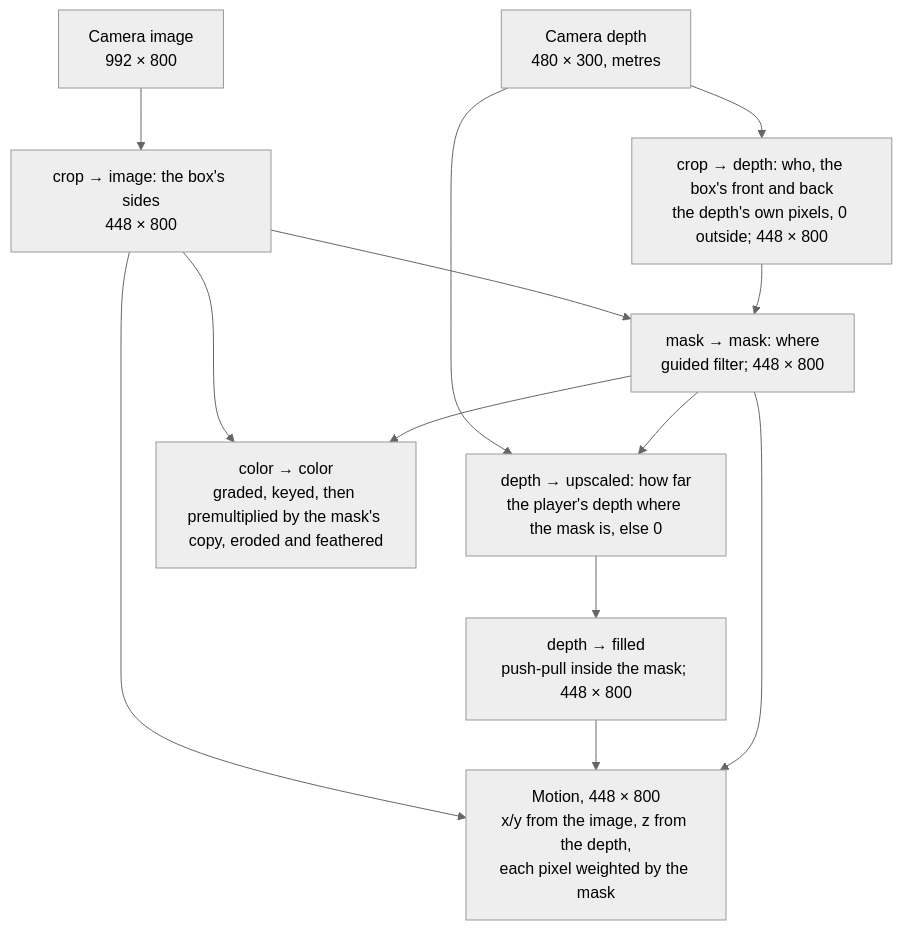
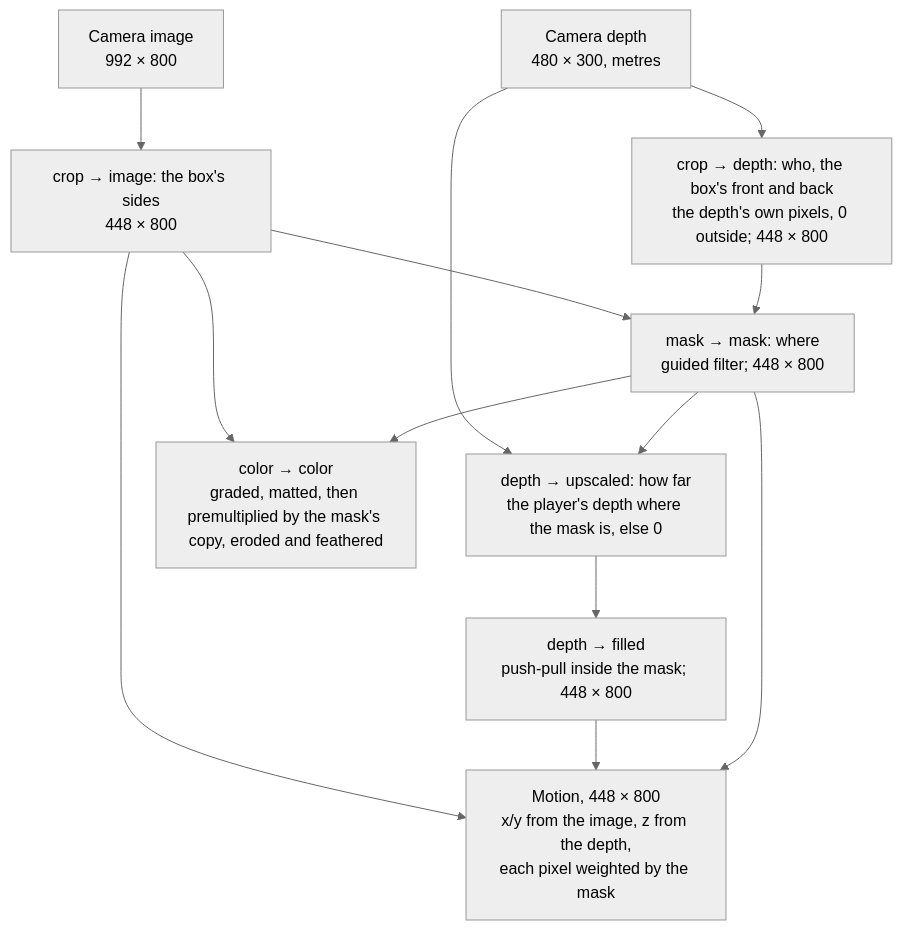
The diagram in modules/flow/VIEW.md (moostrik/Poser2), drawn with Mermaid (neutral theme) before and after one commit. The commit also changed other lines of this file and 10 other files, not shown here.

````diff
--- a/modules/flow/VIEW.md
+++ b/modules/flow/VIEW.md
@@ -33,23 +33,23 @@
 ```mermaid
 flowchart TB
   I["Camera image<br/>992 × 800"]
   D["Camera depth<br/>480 × 300, metres"]
   C["crop → image: the box's sides<br/>448 × 800"]
   K["crop → depth: who, the box's front and back<br/>the depth's own pixels, 0 outside; 448 × 800"]
   M["mask → mask: where<br/>guided filter; 448 × 800"]
   R["depth → upscaled: how far<br/>the player's depth where the mask is, else 0"]
   F["depth → filled<br/>push-pull inside the mask; 448 × 800"]
-  G["color → color<br/>graded, keyed, then premultiplied by the mask's copy, eroded and feathered"]
+  G["color → color<br/>graded, matted, then premultiplied by the mask's copy, eroded and feathered"]
   MO["Motion, 448 × 800<br/>x/y from the image, z from the depth,<br/>each pixel weighted by the mask"]
   I --> C
   D --> K
   C --> M
   K --> M
   D --> R
   M --> R --> F
   C --> G
   M --> G
   C --> MO
   F --> MO
   M --> MO
 ```
````
